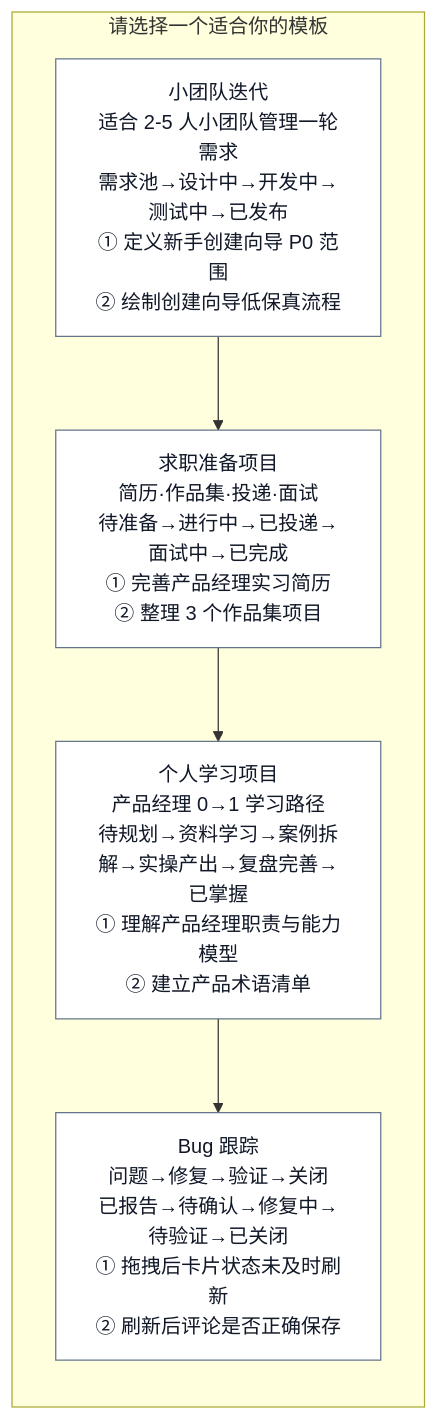
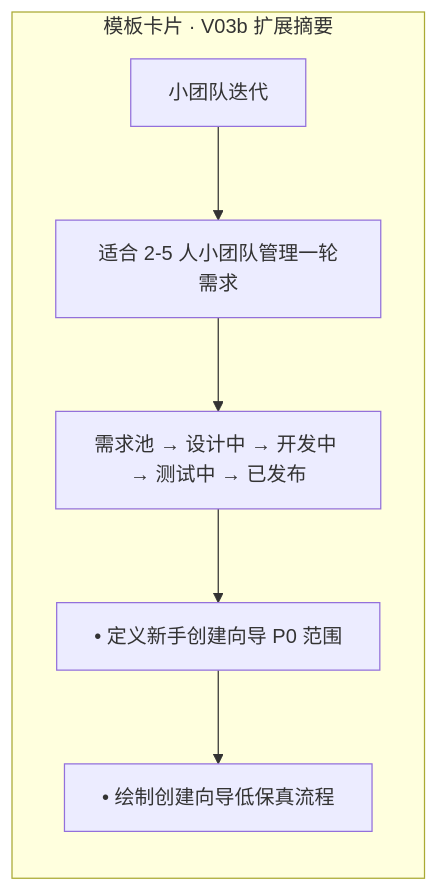
The second of 10 diagrams in docs/05-validation/低保真对照测试资产-PD-010C.md (tangtongqing/kanboard-onboarding-optimization), drawn with Mermaid before and after one commit. The commit also changed other lines of this file and 146 other files, not shown here.

````diff
--- a/docs/05-validation/低保真对照测试资产-PD-010C.md
+++ b/docs/05-validation/低保真对照测试资产-PD-010C.md
@@ -142,15 +153,12 @@
 ```mermaid
 flowchart TB
-    subgraph T02_CARD["请选择一个适合你的模板"]
+    subgraph CARD_B["模板卡片 · V03b 扩展摘要"]
         direction TB
-        C1B["小团队迭代<br/>适合 2-5 人小团队管理一轮需求<br/>需求池→设计中→开发中→测试中→已发布<br/>① 定义新手创建向导 P0 范围<br/>② 绘制创建向导低保真流程"]
-        C2B["求职准备项目<br/>简历·作品集·投递·面试<br/>待准备→进行中→已投递→面试中→已完成<br/>① 完善产品经理实习简历<br/>② 整理 3 个作品集项目"]
-        C3B["个人学习项目<br/>产品经理 0→1 学习路径<br/>待规划→资料学习→案例拆解→实操产出→复盘完善→已掌握<br/>① 理解产品经理职责与能力模型<br/>② 建立产品术语清单"]
-        C4B["Bug 跟踪<br/>问题→修复→验证→关闭<br/>已报告→待确认→修复中→待验证→已关闭<br/>① 拖拽后卡片状态未及时刷新<br/>② 刷新后评论是否正确保存"]
+        NAME_B["小团队迭代"]
+        DESC_B["适合 2-5 人小团队管理一轮需求"]
+        COLS_B["需求池 → 设计中 → 开发中 → 测试中 → 已发布"]
+        EX1_B["• 定义新手创建向导 P0 范围"]
+        EX2_B["• 绘制创建向导低保真流程"]
+        NAME_B --> DESC_B --> COLS_B --> EX1_B --> EX2_B
     end
-
-    C1B --> C2B --> C3B --> C4B
-
-    classDef card fill:#ffffff,stroke:#64748b,color:#111827;
-    class C1B,C2B,C3B,C4B card;
 ```
````
